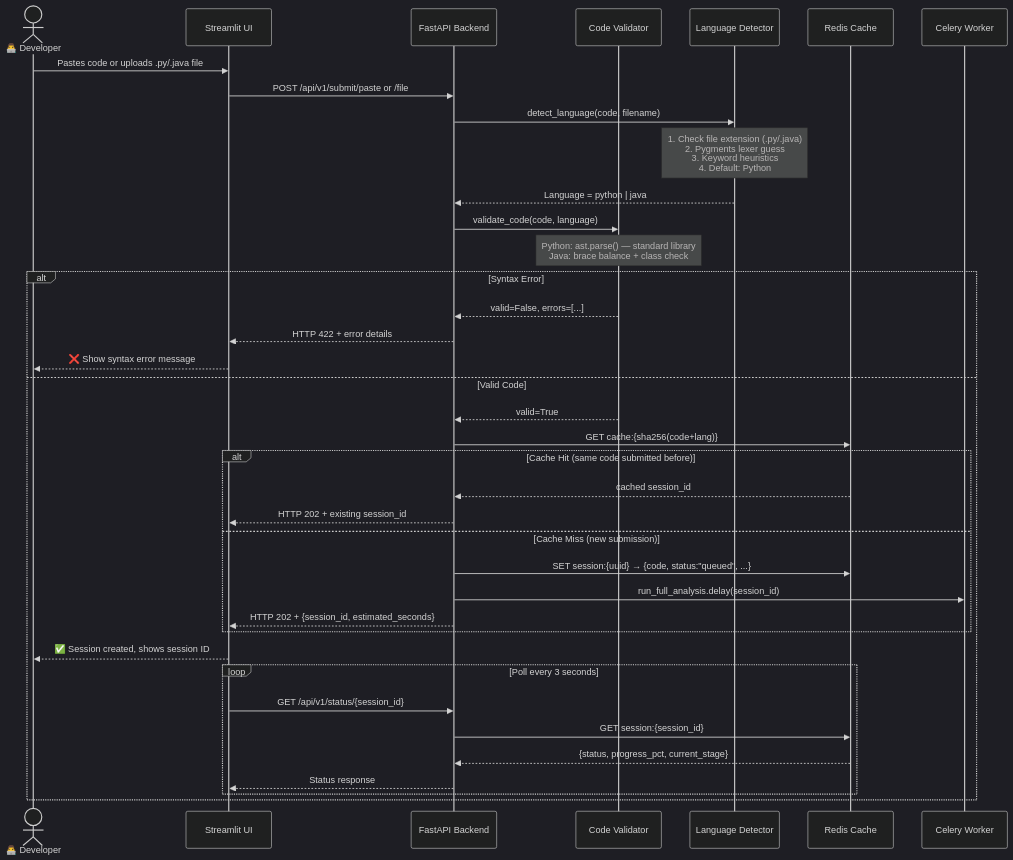
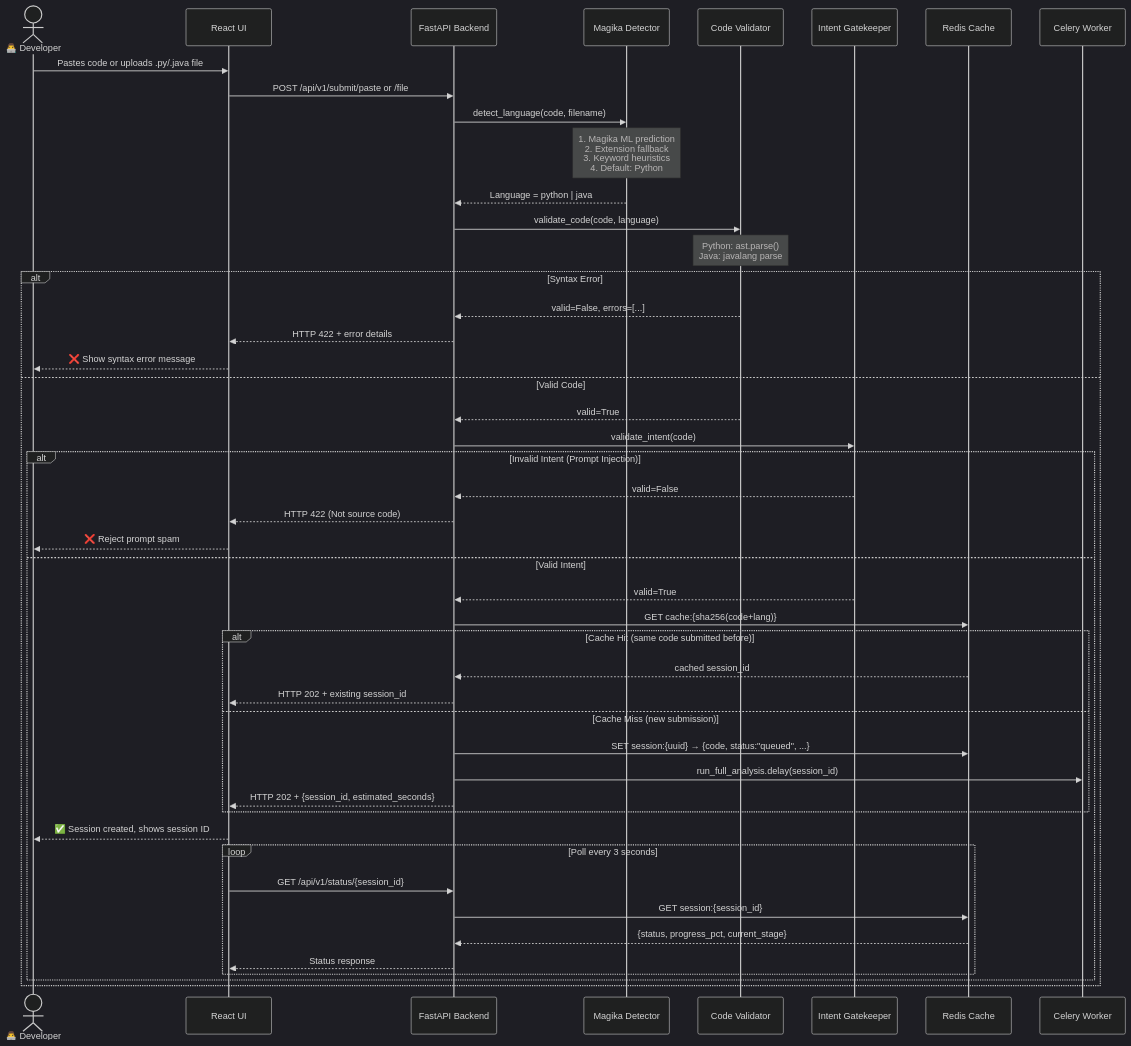
Before and after one commit to shubham0915/AI-Code-Review-Security-Analysis-Agent-Group2: the second of 7 diagrams in README.md, drawn with Mermaid (dark theme). The commit also changed other lines of this file, not shown here.

Commit message:
docs: overhaul mermaid diagrams to reflect current milestone architecture

````diff
--- a/README.md
+++ b/README.md
@@ -294,45 +294,55 @@
 ```mermaid
 sequenceDiagram
     actor Dev as 👨‍💻 Developer
-    participant UI as Streamlit UI
+    participant UI as React UI
     participant API as FastAPI Backend
+    participant Lang as Magika Detector
     participant Val as Code Validator
-    participant Lang as Language Detector
+    participant Guard as Intent Gatekeeper
     participant Redis as Redis Cache
     participant Cel as Celery Worker
 
     Dev->>UI: Pastes code or uploads .py/.java file
     UI->>API: POST /api/v1/submit/paste or /file
 
     API->>Lang: detect_language(code, filename)
-    Note over Lang: 1. Check file extension (.py/.java)<br/>2. Pygments lexer guess<br/>3. Keyword heuristics<br/>4. Default: Python
+    Note over Lang: 1. Magika ML prediction<br/>2. Extension fallback<br/>3. Keyword heuristics<br/>4. Default: Python
 
     Lang-->>API: Language = python | java
 
     API->>Val: validate_code(code, language)
-    Note over Val: Python: ast.parse() — standard library<br/>Java: brace balance + class check
+    Note over Val: Python: ast.parse()<br/>Java: javalang parse
 
     alt Syntax Error
         Val-->>API: valid=False, errors=[...]
         API-->>UI: HTTP 422 + error details
         UI-->>Dev: ❌ Show syntax error message
     else Valid Code
         Val-->>API: valid=True
-        API->>Redis: GET cache:{sha256(code+lang)}
-        alt Cache Hit (same code submitted before)
-            Redis-->>API: cached session_id
-            API-->>UI: HTTP 202 + existing session_id
-        else Cache Miss (new submission)
-            API->>Redis: SET session:{uuid} → {code, status:"queued", ...}
-            API->>Cel: run_full_analysis.delay(session_id)
-            API-->>UI: HTTP 202 + {session_id, estimated_seconds}
-        end
-        UI-->>Dev: ✅ Session created, shows session ID
-        loop Poll every 3 seconds
-            UI->>API: GET /api/v1/status/{session_id}
-            API->>Redis: GET session:{session_id}
-            Redis-->>API: {status, progress_pct, current_stage}
-            API-->>UI: Status response
+        
+        API->>Guard: validate_intent(code)
+        alt Invalid Intent (Prompt Injection)
+            Guard-->>API: valid=False
+            API-->>UI: HTTP 422 (Not source code)
+            UI-->>Dev: ❌ Reject prompt spam
+        else Valid Intent
+            Guard-->>API: valid=True
+            API->>Redis: GET cache:{sha256(code+lang)}
+            alt Cache Hit (same code submitted before)
+                Redis-->>API: cached session_id
+                API-->>UI: HTTP 202 + existing session_id
+            else Cache Miss (new submission)
+                API->>Redis: SET session:{uuid} → {code, status:"queued", ...}
+                API->>Cel: run_full_analysis.delay(session_id)
+                API-->>UI: HTTP 202 + {session_id, estimated_seconds}
+            end
+            UI-->>Dev: ✅ Session created, shows session ID
+            loop Poll every 3 seconds
+                UI->>API: GET /api/v1/status/{session_id}
+                API->>Redis: GET session:{session_id}
+                Redis-->>API: {status, progress_pct, current_stage}
+                API-->>UI: Status response
+            end
         end
     end
 ```
````
